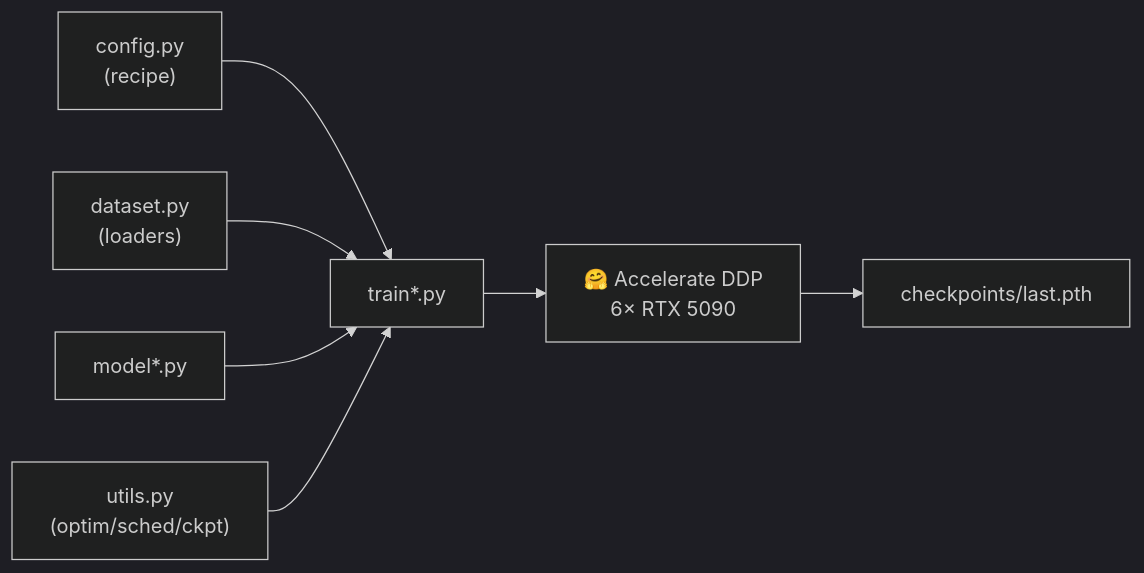
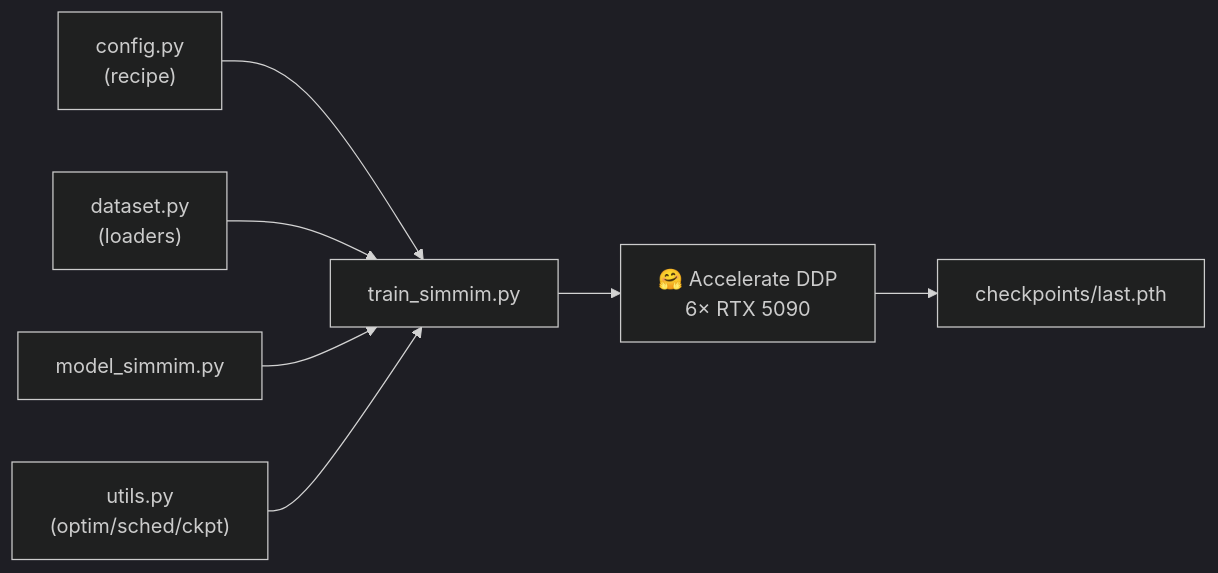
The fourth of 4 diagrams in README.md (MokshitSama/mae-from-scratch-imagenet), drawn with Mermaid (dark theme) before and after one commit. The commit also changed other lines of this file and 7 other files, not shown here.

````diff
--- a/README.md
+++ b/README.md
@@ -81,9 +123,9 @@
 ```mermaid
 flowchart LR
-    CFG["config.py<br/>(recipe)"] --> TRAIN["train*.py"]
+    CFG["config.py<br/>(recipe)"] --> TRAIN["train_simmim.py"]
     DATA["dataset.py<br/>(loaders)"] --> TRAIN
-    MODEL["model*.py"] --> TRAIN
+    MODEL["model_simmim.py"] --> TRAIN
     UTILS["utils.py<br/>(optim/sched/ckpt)"] --> TRAIN
     TRAIN --> ACC["🤗 Accelerate DDP<br/>6× RTX 5090"]
     ACC --> CKPT["checkpoints/last.pth"]
 ```
````
